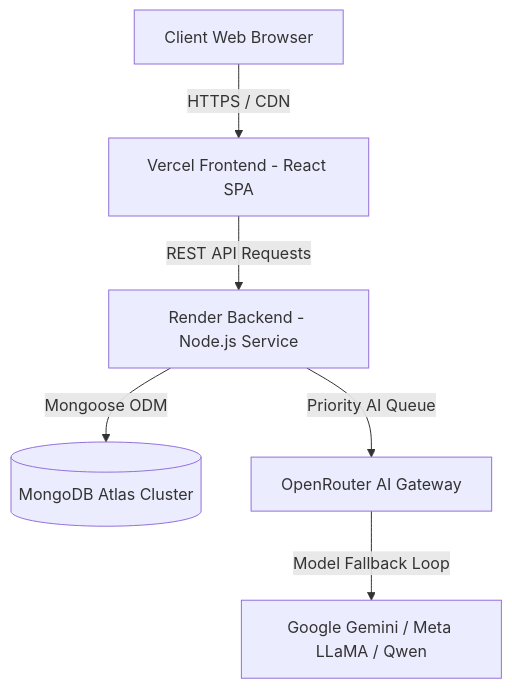
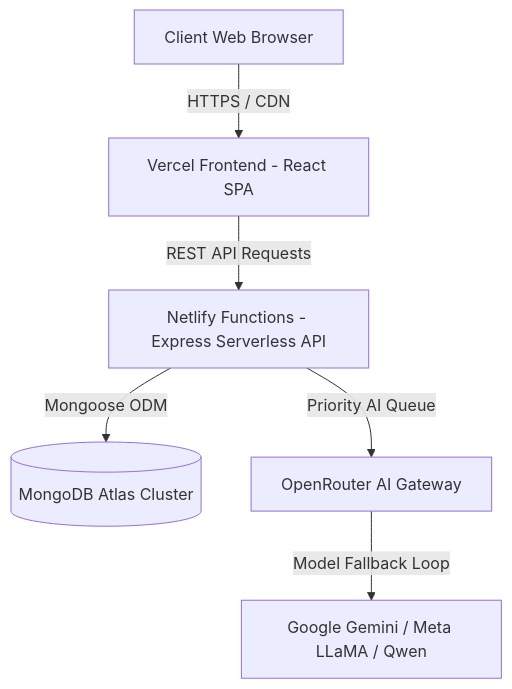
The diagram in DEPLOYMENT.md (anuragsinghrajput123456789/Hire_X_resumeMaker), drawn with Mermaid before and after one commit. The commit also changed other lines of this file and 10 other files, not shown here.

Commit message:
docs & feat: add Netlify backend serverless deployment, update Vercel frontend & deployment docs

````diff
--- a/DEPLOYMENT.md
+++ b/DEPLOYMENT.md
@@ -13,8 +13,8 @@
 ```mermaid
 graph TD
     Client[Client Web Browser] -->|HTTPS / CDN| Vercel[Vercel Frontend - React SPA]
-    Vercel -->|REST API Requests| Render[Render Backend - Node.js Service]
-    Render -->|Mongoose ODM| Atlas[(MongoDB Atlas Cluster)]
-    Render -->|Priority AI Queue| OpenRouter[OpenRouter AI Gateway]
+    Vercel -->|REST API Requests| Netlify[Netlify Functions - Express Serverless API]
+    Netlify -->|Mongoose ODM| Atlas[(MongoDB Atlas Cluster)]
+    Netlify -->|Priority AI Queue| OpenRouter[OpenRouter AI Gateway]
     OpenRouter -->|Model Fallback Loop| Models[Google Gemini / Meta LLaMA / Qwen]
 ```
````
